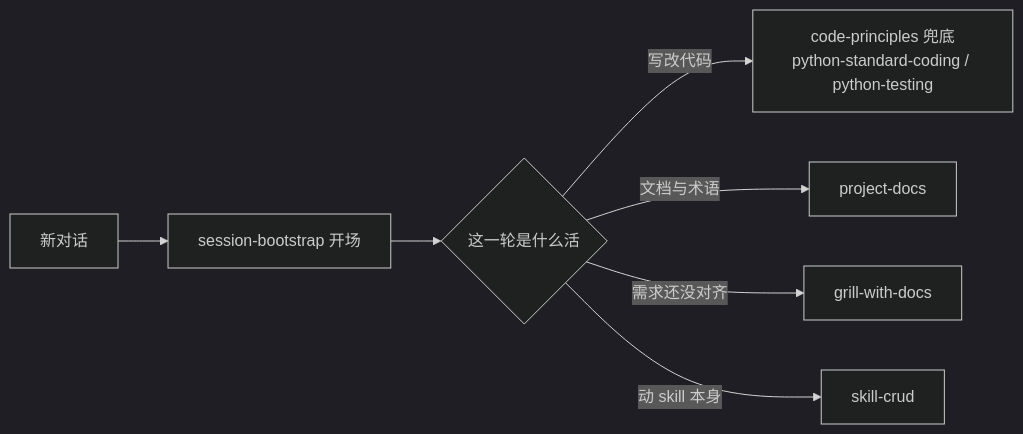
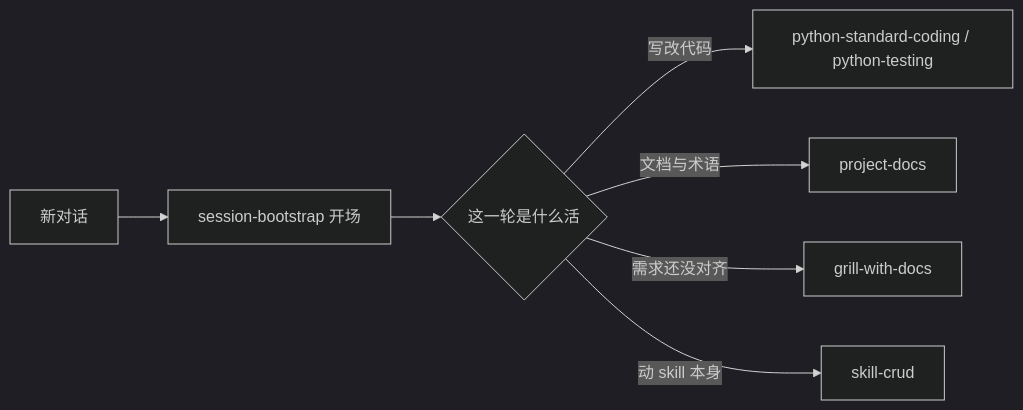
The diagram in README.md (moyezq/Moye-Skills), drawn with Mermaid (dark theme) before and after one commit. The commit also changed other lines of this file and 5 other files, not shown here.

First line of the commit message:
skills: 退役 code-principles，材料落 backup/

````diff
--- a/README.md
+++ b/README.md
@@ -78,9 +77,9 @@
 ```mermaid
 flowchart LR
   A[新对话] --> B[session-bootstrap 开场]
   B --> C{这一轮是什么活}
-  C -->|写改代码| D[code-principles 兜底<br>python-standard-coding / python-testing]
+  C -->|写改代码| D[python-standard-coding / python-testing]
   C -->|文档与术语| E[project-docs]
   C -->|需求还没对齐| F[grill-with-docs]
   C -->|动 skill 本身| G[skill-crud]
 ```
````
